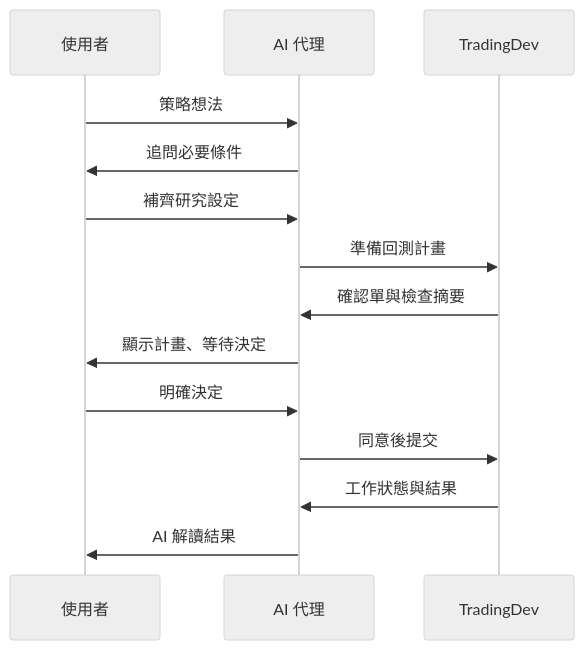
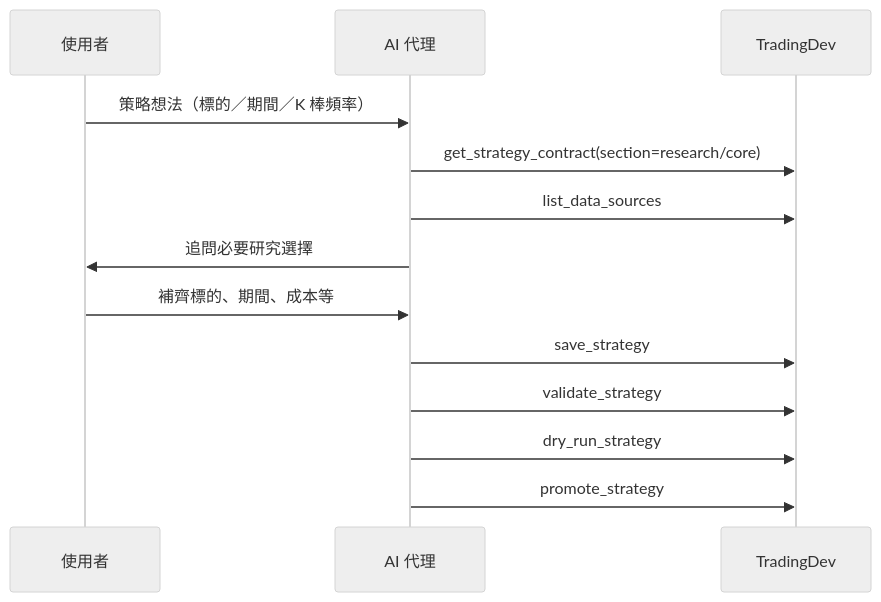
One commit to Kuan-Lun/tradingdev changed the third of 9 diagrams in docs/talks/tradingdev-introduction/slides.md. Above: the diagram before and after it, drawn with Mermaid (neutral theme). The commit also changed other lines of this file and 1 other file, not shown here.

````diff
--- a/docs/talks/tradingdev-introduction/slides.md
+++ b/docs/talks/tradingdev-introduction/slides.md
@@ -642,18 +350,16 @@
 ```mermaid
 sequenceDiagram
-    accTitle: 使用者、AI 代理與 TradingDev 的外部訊號流程
+    accTitle: UC-01 從構想到回測（釐清與建立）
     participant U as 使用者
     participant A as AI 代理
     participant T as TradingDev
-
-    U->>A: 策略想法
-    A->>U: 追問必要條件
-    U->>A: 補齊研究設定
-    A->>T: 準備回測計畫
-    T->>A: 確認單與檢查摘要
-    A->>U: 顯示計畫、等待決定
-    U->>A: 明確決定
-    A->>T: 同意後提交
-    T->>A: 工作狀態與結果
-    A->>U: AI 解讀結果
+    U->>A: 策略想法（標的／期間／K 棒頻率）
+    A->>T: get_strategy_contract(section=research/core)
+    A->>T: list_data_sources
+    A->>U: 追問必要研究選擇
+    U->>A: 補齊標的、期間、成本等
+    A->>T: save_strategy
+    A->>T: validate_strategy
+    A->>T: dry_run_strategy
+    A->>T: promote_strategy
 ```
````
